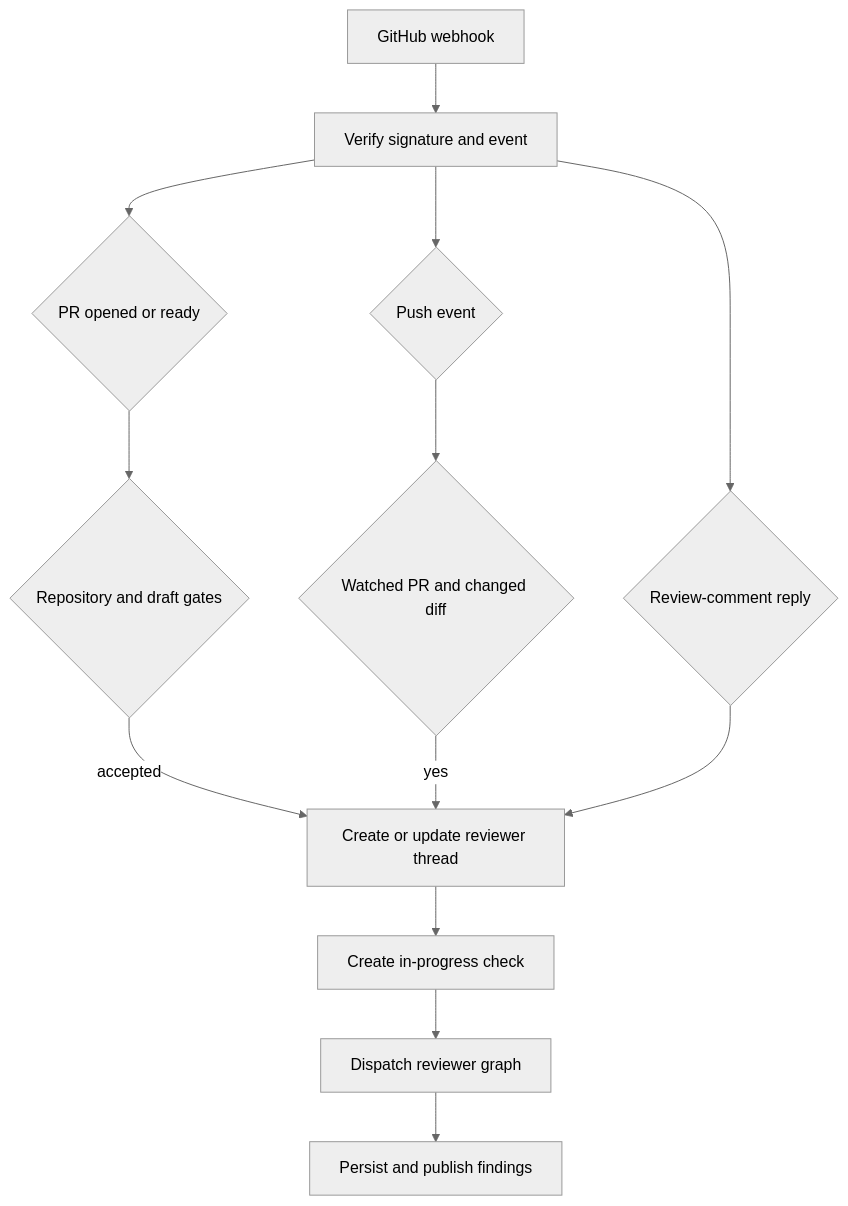
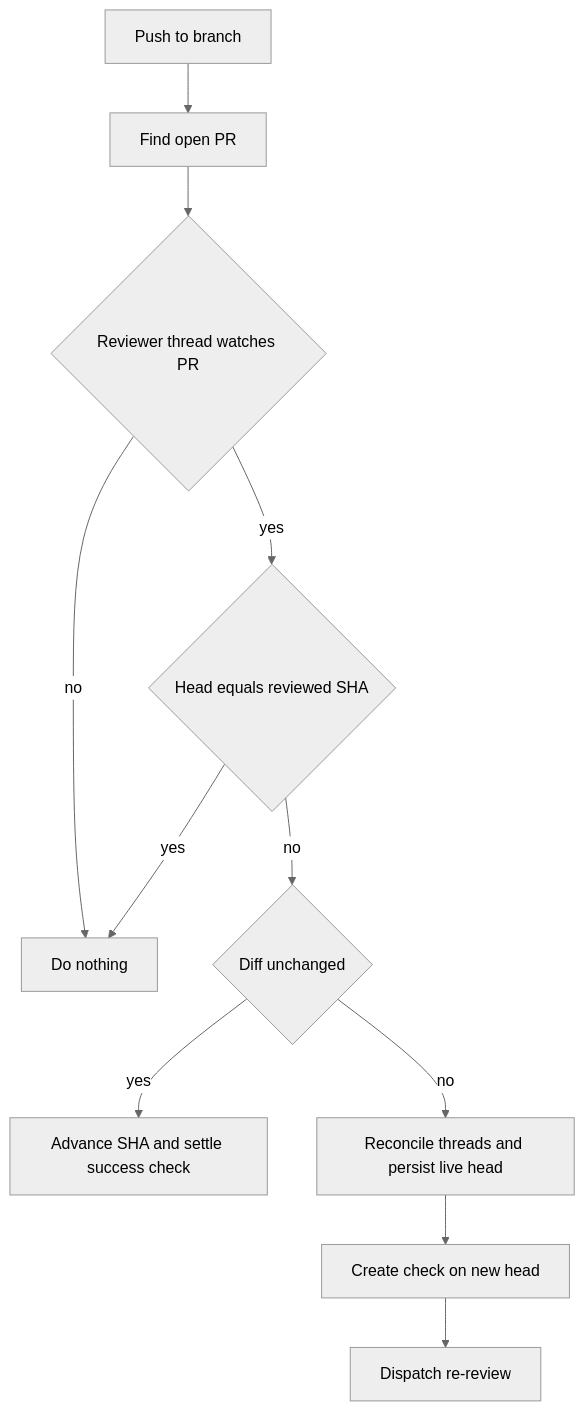
Before and after one commit to langchain-ai/open-swe: the third of 5 diagrams in openwiki/workflows/pr-review.md, drawn with Mermaid (neutral theme). The commit also changed other lines of this file and 51 other files, not shown here.

````diff
--- a/openwiki/workflows/pr-review.md
+++ b/openwiki/workflows/pr-review.md
@@ -68,15 +117,13 @@
 ```mermaid
 flowchart TD
-  Ingress["GitHub webhook"] --> Verify["Verify signature and event"]
-  Verify --> First{"PR opened or ready"}
-  Verify --> Push{"Push event"}
-  Verify --> Reply{"Review-comment reply"}
-  First --> Gate{"Repository and draft gates"}
-  Gate -->|"accepted"| Start["Create or update reviewer thread"]
-  Push --> Watch{"Watched PR and changed diff"}
-  Watch -->|"yes"| Start
-  Reply --> Start
-  Start --> Check["Create in-progress check"]
-  Check --> Run["Dispatch reviewer graph"]
-  Run --> Publish["Persist and publish findings"]
+  Push["Push to branch"] --> PR["Find open PR"]
+  PR --> Watch{"Reviewer thread watches PR"}
+  Watch -->|"no"| Stop["Do nothing"]
+  Watch -->|"yes"| Head{"Head equals reviewed SHA"}
+  Head -->|"yes"| Stop
+  Head -->|"no"| Diff{"Diff unchanged"}
+  Diff -->|"yes"| Visible["Advance SHA and settle success check"]
+  Diff -->|"no"| Sync["Reconcile threads and persist live head"]
+  Sync --> Check["Create check on new head"]
+  Check --> Rerun["Dispatch re-review"]
 ```
````
